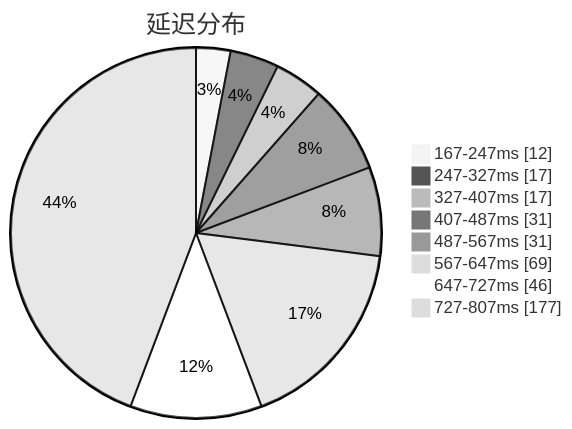
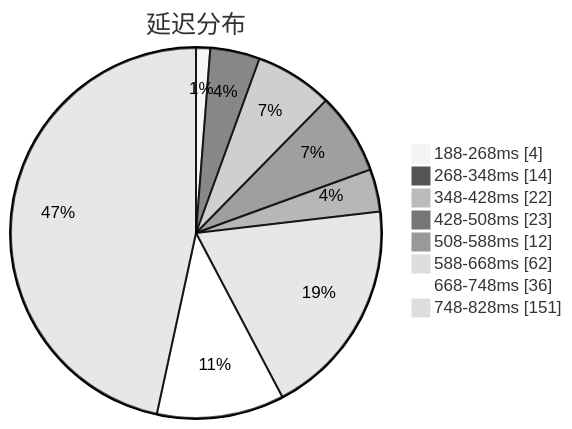
The first of 3 diagrams in subs/statistics/tested_within.md (qjlxg/airport), drawn with Mermaid (neutral theme) before and after one commit. The commit also changed other lines of this file and 2 other files, not shown here.

Commit message:
Tested by metaST

````diff
--- a/subs/statistics/tested_within.md
+++ b/subs/statistics/tested_within.md
@@ -2,12 +2,12 @@
 ```mermaid
 pie showData
 title 延迟分布
-"167-247ms" : 12
-"247-327ms" : 17
-"327-407ms" : 17
-"407-487ms" : 31
-"487-567ms" : 31
-"567-647ms" : 69
-"647-727ms" : 46
-"727-807ms" : 177
+"188-268ms" : 4
+"268-348ms" : 14
+"348-428ms" : 22
+"428-508ms" : 23
+"508-588ms" : 12
+"588-668ms" : 62
+"668-748ms" : 36
+"748-828ms" : 151
 ```
````
